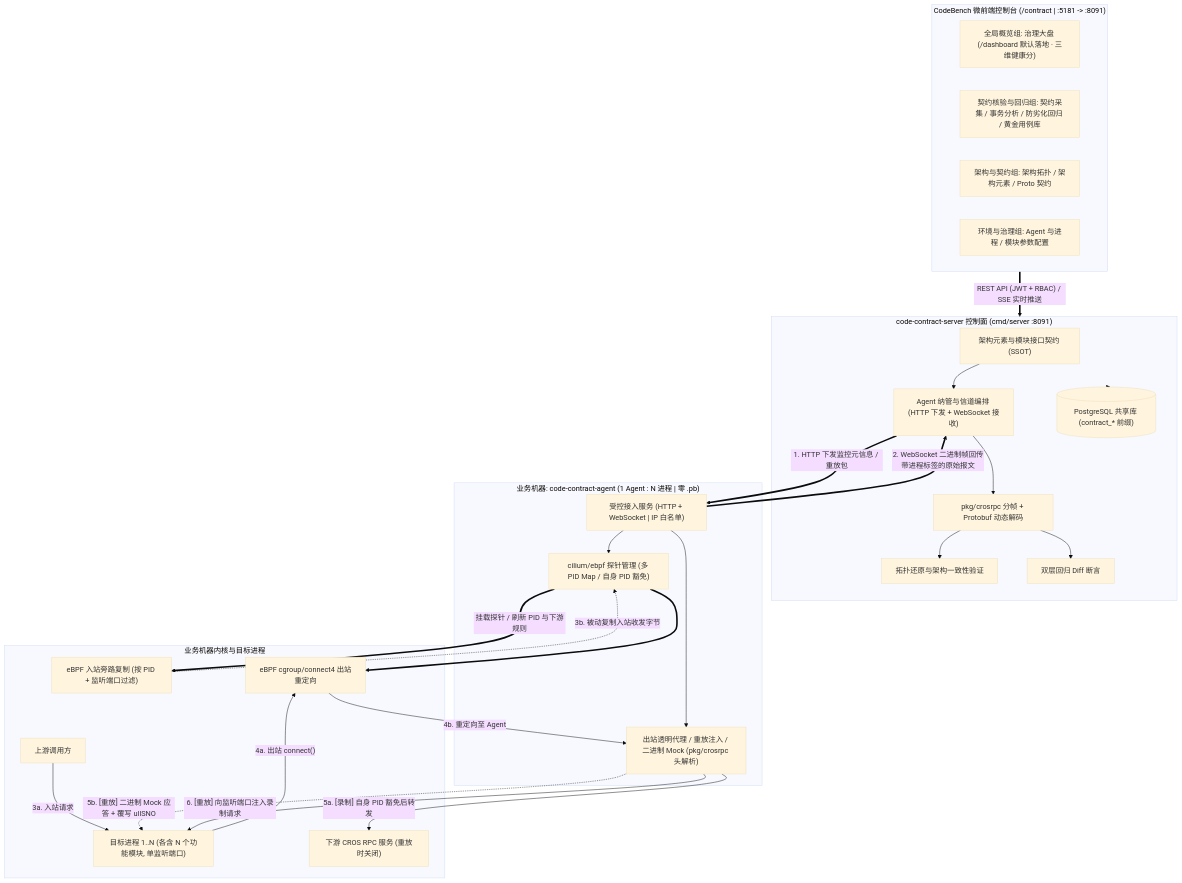
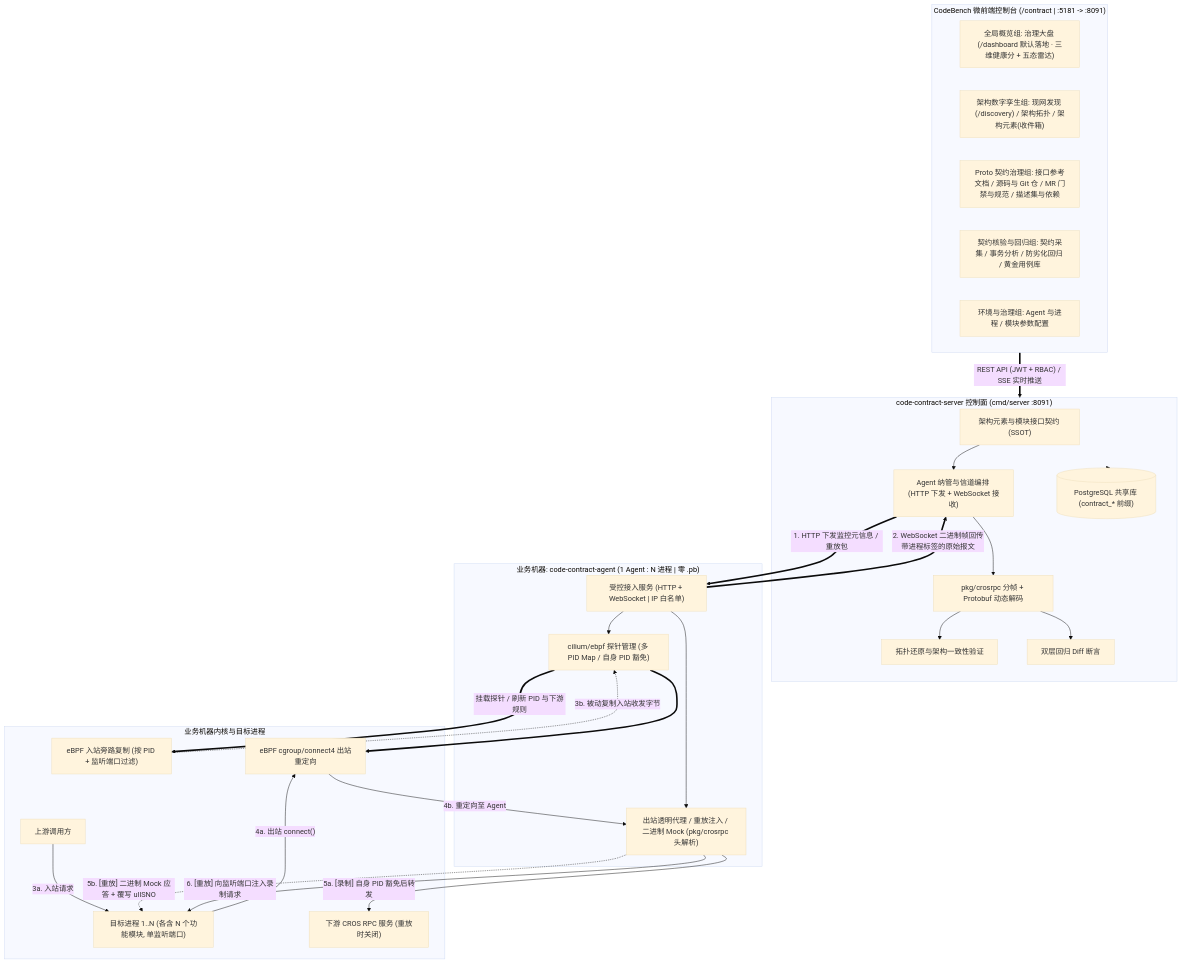
The first of 2 diagrams in docs/01-features/01-feature-matrix.md (fugui/code-contract), drawn with Mermaid (base theme) before and after one commit. The commit also changed other lines of this file and 12 other files, not shown here.

````diff
--- a/docs/01-features/01-feature-matrix.md
+++ b/docs/01-features/01-feature-matrix.md
@@ -103,53 +104,54 @@
 ```mermaid
 flowchart TB
     subgraph Portal["CodeBench 微前端控制台 (/contract | :5181 -> :8091)"]
-        UI_Dash["全局概览组: 治理大盘 (/dashboard 默认落地 · 三维健康分)"]
+        UI_Dash["全局概览组: 治理大盘 (/dashboard 默认落地 · 三维健康分 + 五态雷达)"]
+        UI_Arch["架构数字孪生组: 现网发现 (/discovery) / 架构拓扑 / 架构元素(收件箱)"]
+        UI_Proto["Proto 契约治理组: 接口参考文档 / 源码与 Git 仓 / MR 门禁与规范 / 描述集与依赖"]
         UI_Flow["契约核验与回归组: 契约采集 / 事务分析 / 防劣化回归 / 黄金用例库"]
-        UI_Arch["架构与契约组: 架构拓扑 / 架构元素 / Proto 契约"]
         UI_Env["环境与治理组: Agent 与进程 / 模块参数配置"]
     end
 
     subgraph ControlPlane["code-contract-server 控制面 (cmd/server :8091)"]
         Arch_Mgr["架构元素与模块接口契约 (SSOT)"]
         Agent_Hub["Agent 纳管与信道编排 (HTTP 下发 + WebSocket 接收)"]
         Decoder["pkg/crosrpc 分帧 + Protobuf 动态解码"]
         Topo_Eng["拓扑还原与架构一致性验证"]
         Diff_Eng["双层回归 Diff 断言"]
         Store[("PostgreSQL 共享库 (contract_* 前缀)")]
     end
 
     subgraph DataPlane["业务机器: code-contract-agent (1 Agent : N 进程 | 零 .pb)"]
         Agent_Srv["受控接入服务 (HTTP + WebSocket | IP 白名单)"]
         EBPF_Mgr["cilium/ebpf 探针管理 (多 PID Map / 自身 PID 豁免)"]
         Proxy["出站透明代理 / 重放注入 / 二进制 Mock (pkg/crosrpc 头解析)"]
     end
 
     subgraph BizHost["业务机器内核与目标进程"]
         Ingress_Hook["eBPF 入站旁路复制 (按 PID + 监听端口过滤)"]
         Connect_Hook["eBPF cgroup/connect4 出站重定向"]
         TargetProc["目标进程 1..N (各含 N 个功能模块, 单监听端口)"]
         Client["上游调用方"]
         Downstream["下游 CROS RPC 服务 (重放时关闭)"]
     end
 
     Portal == "REST API (JWT + RBAC) / SSE 实时推送" ==> ControlPlane
     Arch_Mgr --> Agent_Hub
     Agent_Hub --> Decoder --> Topo_Eng
     Decoder --> Diff_Eng
     ControlPlane --> Store
 
     Agent_Hub == "1. HTTP 下发监控元信息 / 重放包" ==> Agent_Srv
     Agent_Srv == "2. WebSocket 二进制帧回传带进程标签的原始报文" ==> Agent_Hub
     Agent_Srv --> EBPF_Mgr
     Agent_Srv --> Proxy
     EBPF_Mgr == "挂载探针 / 刷新 PID 与下游规则" ==> Ingress_Hook
     EBPF_Mgr ==> Connect_Hook
 
     Client -- "3a. 入站请求" --> TargetProc
     Ingress_Hook -. "3b. 被动复制入站收发字节" .-> EBPF_Mgr
     TargetProc -- "4a. 出站 connect()" --> Connect_Hook
     Connect_Hook -- "4b. 重定向至 Agent" --> Proxy
     Proxy -- "5a. [录制] 自身 PID 豁免后转发" --> Downstream
     Proxy -. "5b. [重放] 二进制 Mock 应答 + 覆写 ullSNO" .-> TargetProc
     Proxy -- "6. [重放] 向监听端口注入录制请求" --> TargetProc
 ```
````
